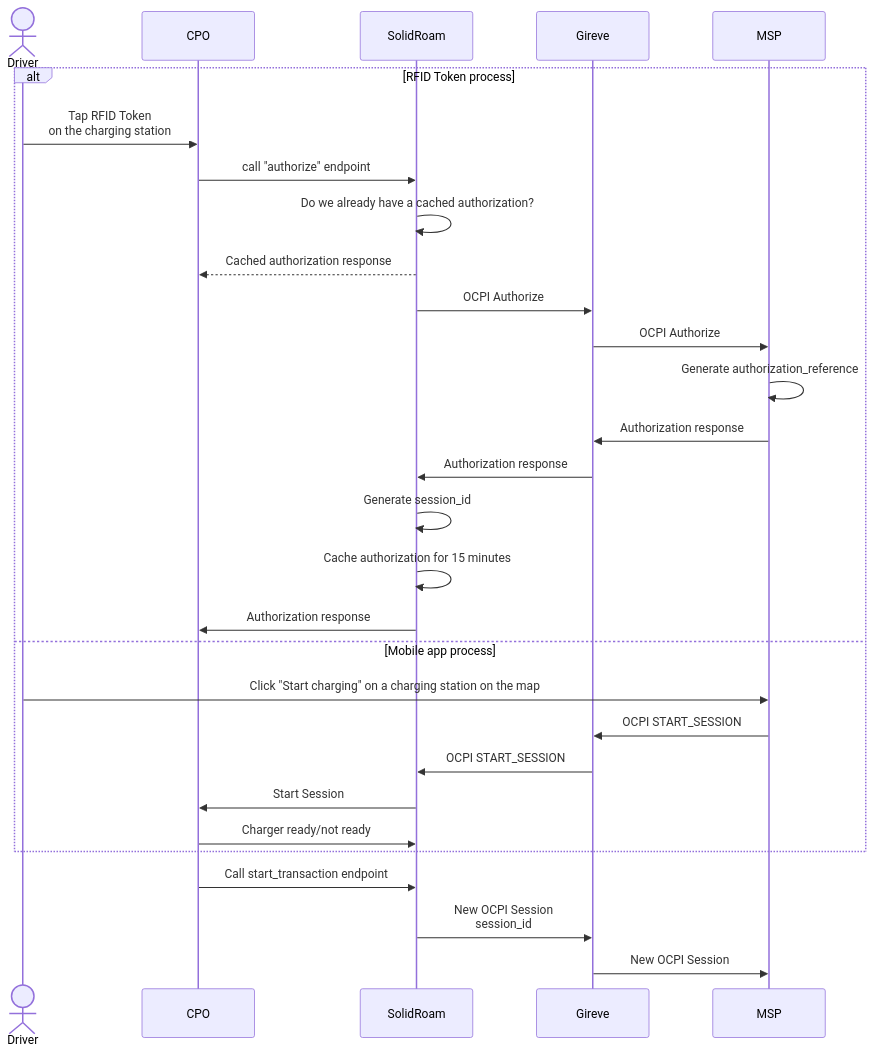
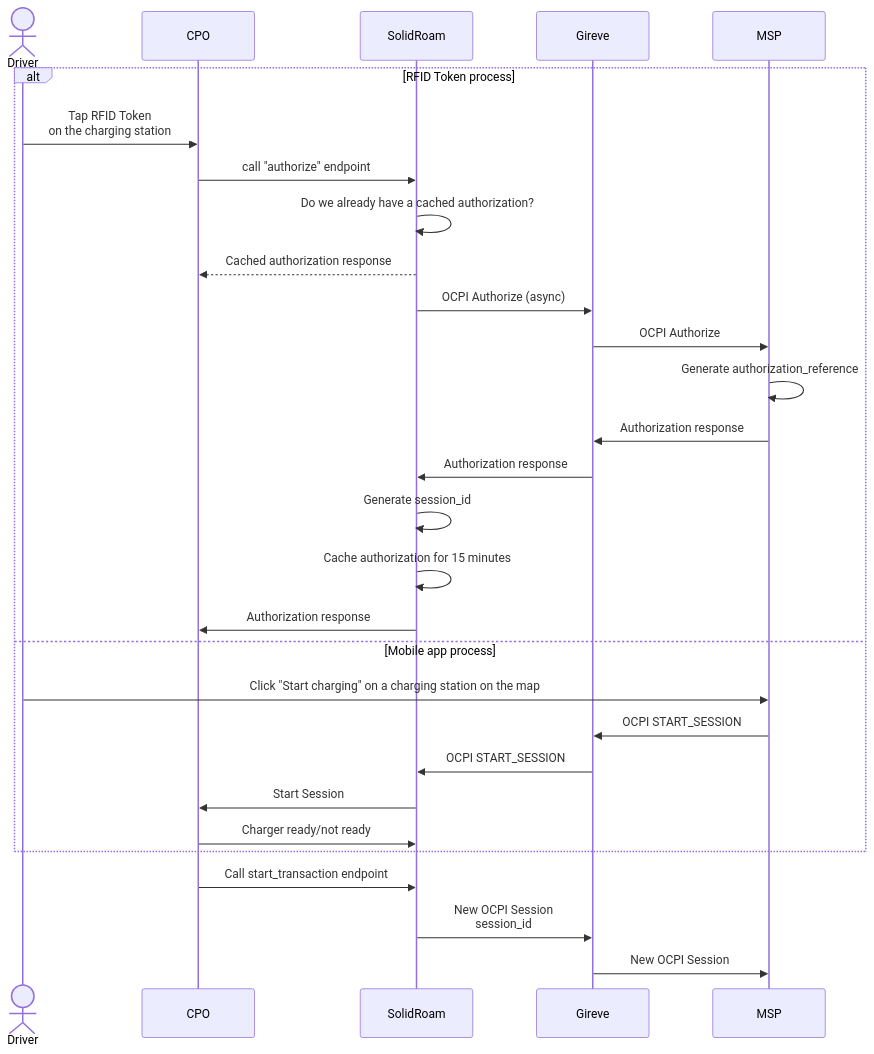
The second of 4 diagrams in documentation/charging.md (erkkiat/ocpi), drawn with Mermaid before and after one commit. The commit also changed 5 other files, not shown here.

````diff
--- a/documentation/charging.md
+++ b/documentation/charging.md
@@ -51,29 +51,29 @@
 ```mermaid
 sequenceDiagram
     actor Driver
 
     alt RFID Token process
         Driver->>CPO: Tap RFID Token <br/> on the charging station
         CPO->>SolidRoam: call "authorize" endpoint
         SolidRoam->>SolidRoam: Do we already have a cached authorization?
         SolidRoam-->>CPO: Cached authorization response
-        SolidRoam->>Gireve: OCPI Authorize
+        SolidRoam->>Gireve: OCPI Authorize (async)
         Gireve->>MSP: OCPI Authorize
         MSP->>MSP: Generate authorization_reference
         MSP->>Gireve: Authorization response
         Gireve->>SolidRoam: Authorization response
         SolidRoam->>SolidRoam: Generate session_id
         SolidRoam->>SolidRoam: Cache authorization for 15 minutes
         SolidRoam->>CPO: Authorization response
     else Mobile app process
         Driver->>MSP: Click "Start charging" on a charging station on the map
         MSP->>Gireve: OCPI START_SESSION
         Gireve->>SolidRoam: OCPI START_SESSION
         SolidRoam->>CPO: Start Session
         CPO->>SolidRoam: Charger ready/not ready
     end
     
     CPO->>SolidRoam: Call start_transaction endpoint
     SolidRoam->>Gireve: New OCPI Session <br/>session_id
     Gireve->>MSP: New OCPI Session
 ```
````
